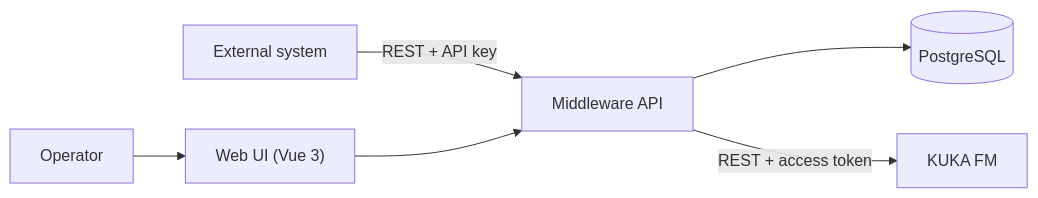
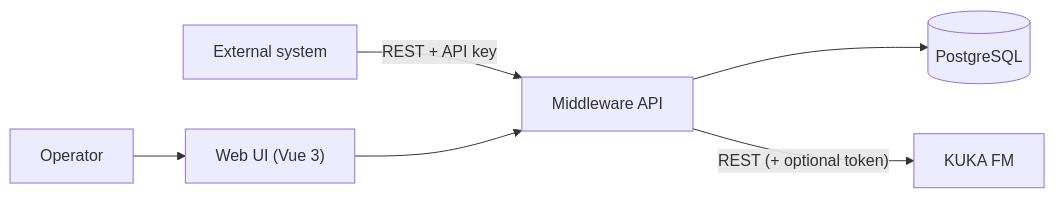
One commit to McLehotsky/kuka-middleware changed the diagram in README.md. Above: the diagram before and after it, drawn with Mermaid. The commit also changed other lines of this file and 5 other files, not shown here.

````diff
--- a/README.md
+++ b/README.md
@@ -17,8 +17,8 @@
 ```mermaid
 flowchart LR
     OP["Operator"] --> WEB["Web UI (Vue 3)"]
     EXT["External system"] -->|REST + API key| API["Middleware API"]
     WEB --> API
     API --> DB[("PostgreSQL")]
-    API -->|REST + access token| FM["KUKA FM"]
+    API -->|"REST (+ optional token)"| FM["KUKA FM"]
 ```
````
